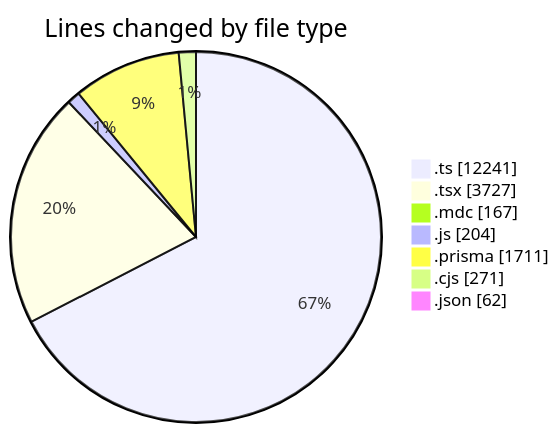
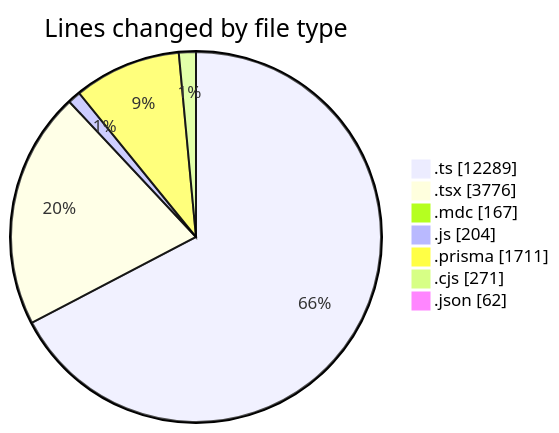
The first of 2 diagrams in 2025-06-06/ecodeli-1/README.md (CELIANVF/code-tracking), drawn with Mermaid before and after one commit. The commit also changed other lines of this file and 1 other file, not shown here.

````diff
--- a/2025-06-06/ecodeli-1/README.md
+++ b/2025-06-06/ecodeli-1/README.md
@@ -70,11 +71,11 @@
 ```mermaid
 pie showData
 title Lines changed by file type
-".ts" : 12241
-".tsx" : 3727
+".ts" : 12289
+".tsx" : 3776
 ".mdc" : 167
 ".js" : 204
 ".prisma" : 1711
 ".cjs" : 271
 ".json" : 62
 ```
````
